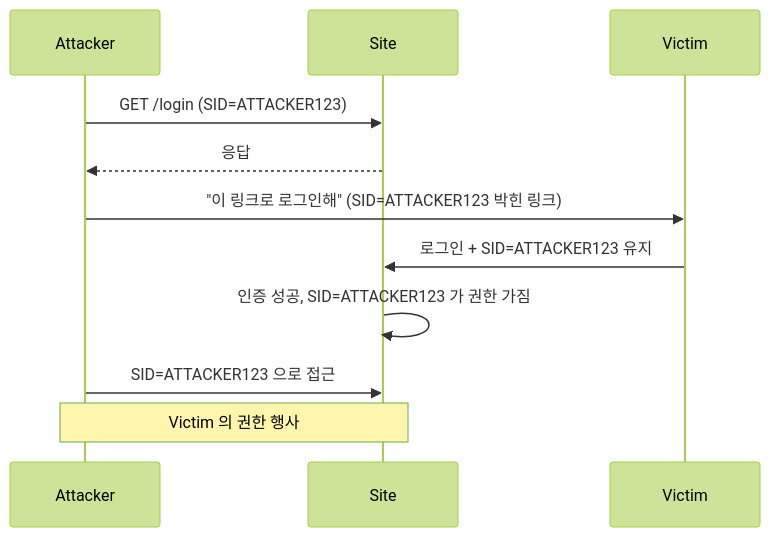
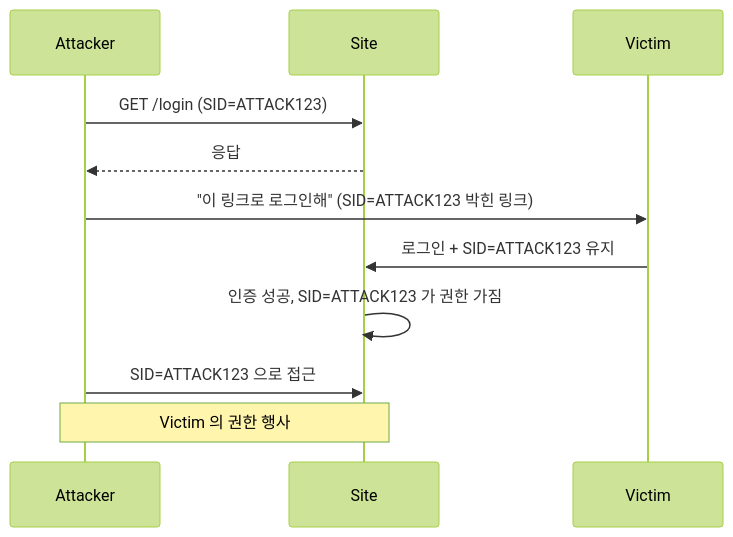
Before and after one commit to shinkeonkim/shinkeonkim.github.io: the fifth of 5 diagrams in src/content/wiki/auth-security/session-cookie.mdx, drawn with Mermaid (forest theme). The commit also changed other lines of this file and 526 other files, not shown here.

First line of the commit message:
content(wiki): 전수조사 및 대규모 보강 (짧은 파일 0, mermaid +645)

````diff
--- a/src/content/wiki/auth-security/session-cookie.mdx
+++ b/src/content/wiki/auth-security/session-cookie.mdx
@@ -110,10 +190,14 @@
 ```mermaid
 sequenceDiagram
-    Attacker->>Site: GET /login (SID=ATTACKER123)
-    Site-->>Attacker: 응답
-    Attacker->>Victim: "이 링크로 로그인해" (SID=ATTACKER123 박힌 링크)
-    Victim->>Site: 로그인 + SID=ATTACKER123 유지
-    Site->>Site: 인증 성공, SID=ATTACKER123 가 권한 가짐
-    Attacker->>Site: SID=ATTACKER123 으로 접근
-    Note over Attacker,Site: Victim 의 권한 행사
+    participant Att as Attacker
+    participant S as Site
+    participant V as Victim
+
+    Att->>S: GET /login (SID=ATTACK123)
+    S-->>Att: 응답
+    Att->>V: "이 링크로 로그인해" (SID=ATTACK123 박힌 링크)
+    V->>S: 로그인 + SID=ATTACK123 유지
+    S->>S: 인증 성공, SID=ATTACK123 가 권한 가짐
+    Att->>S: SID=ATTACK123 으로 접근
+    Note over Att,S: Victim 의 권한 행사
 ```
````
